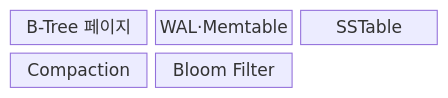
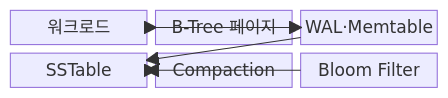
The first of 2 diagrams in src/content/docs/notes/03-software/097_btree_vs_lsm_tree.md (agnusdei1207/knowledge-base), drawn with Mermaid before and after one commit. The commit also changed other lines of this file and 20 other files, not shown here.

````diff
--- a/src/content/docs/notes/03-software/097_btree_vs_lsm_tree.md
+++ b/src/content/docs/notes/03-software/097_btree_vs_lsm_tree.md
@@ -54,9 +60,15 @@
 ```mermaid
 block-beta
   columns 3
+  W["워크로드"]
   B["B-Tree 페이지"]
-  W["WAL·Memtable"]
+  L["WAL·Memtable"]
   S["SSTable"]
   C["Compaction"]
   F["Bloom Filter"]
+  W --> B
+  W --> L
+  L --> S
+  S --> C
+  F --> S
 ```
````
